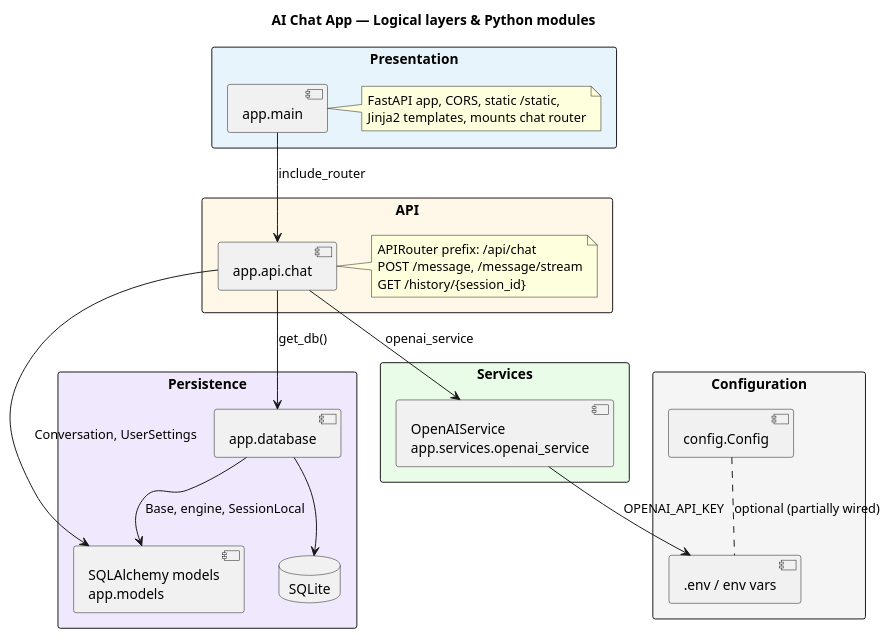
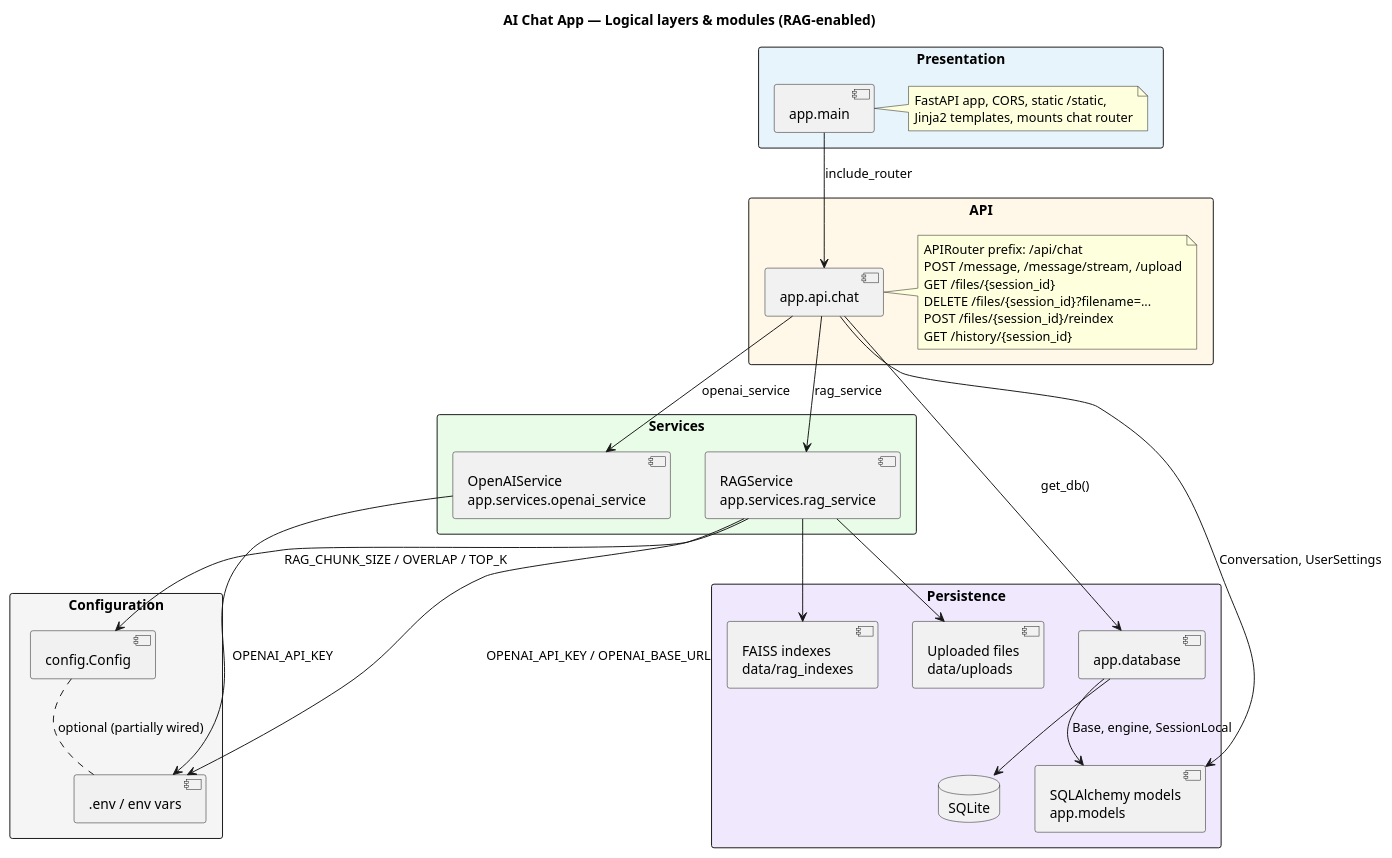
The second of 6 diagrams in uml/ai-chat-app.puml (fairywell28/Ai-Chat-App), drawn with PlantUML before and after one commit. The commit also changed other lines of this file and 8 other files, not shown here.

```diff
--- a/uml/ai-chat-app.puml
+++ b/uml/ai-chat-app.puml
@@ -35,47 +44,58 @@
 @startuml AI-Chat-App_Component_Layers
-title AI Chat App — Logical layers & Python modules
+title AI Chat App — Logical layers & modules (RAG-enabled)
 skinparam packageStyle rectangle
 skinparam shadowing false
 
 package "Presentation" #E8F4FC {
   [app.main] as main
   note right of main
     FastAPI app, CORS, static /static,
     Jinja2 templates, mounts chat router
   end note
 }
 
 package "API" #FFF8E8 {
   [app.api.chat] as chat
   note right of chat
     APIRouter prefix: /api/chat
-    POST /message, /message/stream
+    POST /message, /message/stream, /upload
+    GET /files/{session_id}
+    DELETE /files/{session_id}?filename=...
+    POST /files/{session_id}/reindex
     GET /history/{session_id}
   end note
 }
 
 package "Services" #E8FCE8 {
   [OpenAIService\napp.services.openai_service] as svc
+  [RAGService\napp.services.rag_service] as ragsvc
 }
 
 package "Persistence" #F0E8FC {
   [app.database] as dbmod
   [SQLAlchemy models\napp.models] as models
   database "SQLite" as sqlite
+  [FAISS indexes\ndata/rag_indexes] as faiss
+  [Uploaded files\ndata/uploads] as uploads
 }
 
 package "Configuration" #F5F5F5 {
   [config.Config] as cfg
   [.env / env vars] as env
 }
 
 main --> chat : include_router
 chat --> dbmod : get_db()
 chat --> models : Conversation, UserSettings
 chat --> svc : openai_service
+chat --> ragsvc : rag_service
+ragsvc --> env : OPENAI_API_KEY / OPENAI_BASE_URL
+ragsvc --> cfg : RAG_CHUNK_SIZE / OVERLAP / TOP_K
+ragsvc --> faiss
+ragsvc --> uploads
 svc --> env : OPENAI_API_KEY
 dbmod --> models : Base, engine, SessionLocal
 dbmod --> sqlite
 cfg .. env : optional (partially wired)
 
 @enduml
```
